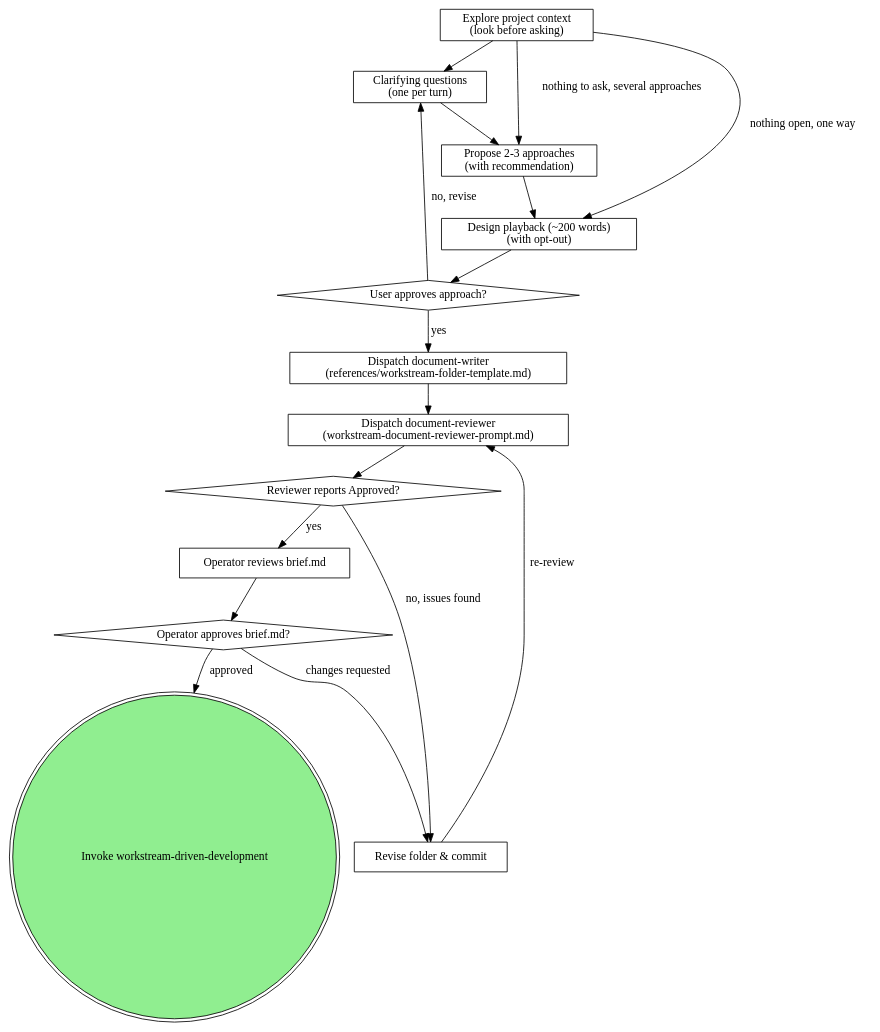
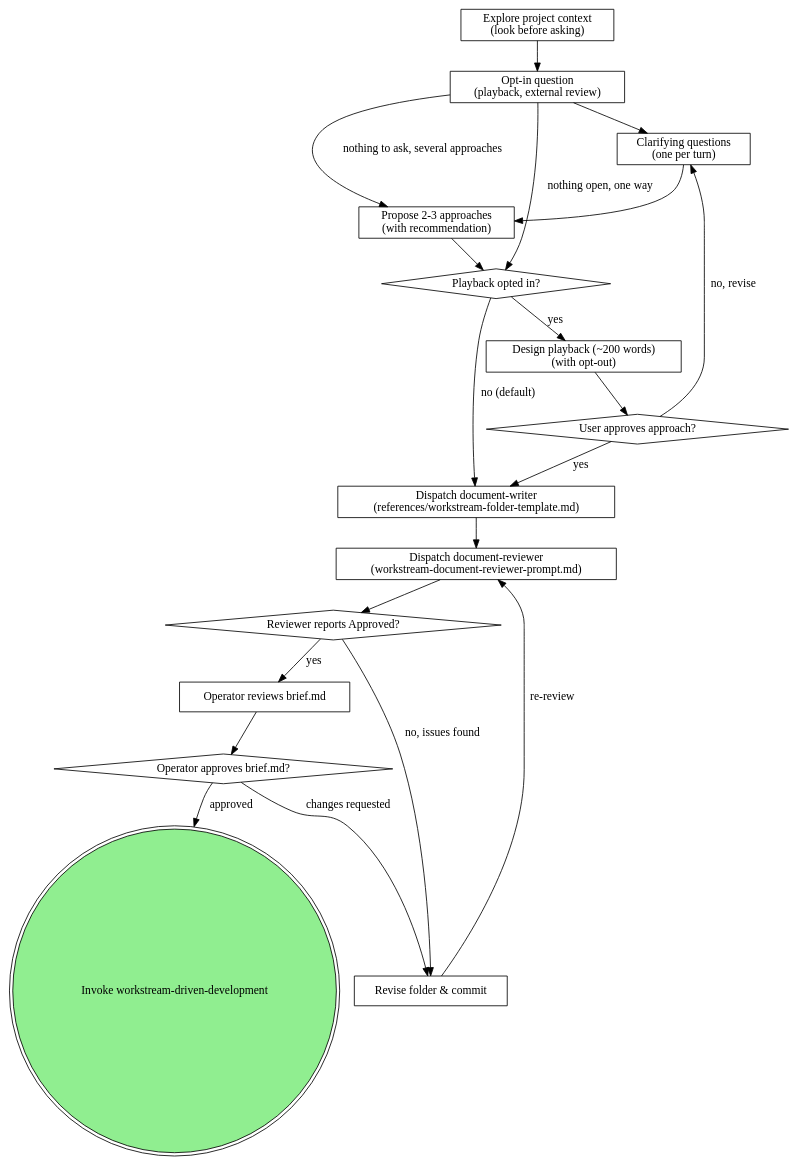
One commit to dtbndr/solopowers changed the diagram in skills/workstream-brainstorming/SKILL.md. Above: the diagram before and after it, drawn with Graphviz. The commit also changed other lines of this file and 10 other files, not shown here.

Commit message:
feat(brainstorming): playback and external review become opt-in; external review targets the folder

````diff
--- a/skills/workstream-brainstorming/SKILL.md
+++ b/skills/workstream-brainstorming/SKILL.md
@@ -87,33 +91,38 @@
 ```dot
 digraph workstream_brainstorming {
     "Explore project context\n(look before asking)" [shape=box];
     "Clarifying questions\n(one per turn)" [shape=box];
     "Propose 2-3 approaches\n(with recommendation)" [shape=box];
+    "Opt-in question\n(playback, external review)" [shape=box];
+    "Playback opted in?" [shape=diamond];
     "Design playback (~200 words)\n(with opt-out)" [shape=box];
     "User approves approach?" [shape=diamond];
     "Dispatch document-writer\n(references/workstream-folder-template.md)" [shape=box];
     "Dispatch document-reviewer\n(workstream-document-reviewer-prompt.md)" [shape=box];
     "Reviewer reports Approved?" [shape=diamond];
     "Revise folder & commit" [shape=box];
     "Operator reviews brief.md" [shape=box];
     "Operator approves brief.md?" [shape=diamond];
     "Invoke workstream-driven-development" [shape=doublecircle style=filled fillcolor=lightgreen];
 
-    "Explore project context\n(look before asking)" -> "Clarifying questions\n(one per turn)";
-    "Explore project context\n(look before asking)" -> "Design playback (~200 words)\n(with opt-out)" [label="nothing open, one way"];
-    "Explore project context\n(look before asking)" -> "Propose 2-3 approaches\n(with recommendation)" [label="nothing to ask, several approaches"];
+    "Explore project context\n(look before asking)" -> "Opt-in question\n(playback, external review)";
+    "Opt-in question\n(playback, external review)" -> "Clarifying questions\n(one per turn)";
+    "Opt-in question\n(playback, external review)" -> "Playback opted in?" [label="nothing open, one way"];
+    "Opt-in question\n(playback, external review)" -> "Propose 2-3 approaches\n(with recommendation)" [label="nothing to ask, several approaches"];
     "Clarifying questions\n(one per turn)" -> "Propose 2-3 approaches\n(with recommendation)";
-    "Propose 2-3 approaches\n(with recommendation)" -> "Design playback (~200 words)\n(with opt-out)";
+    "Propose 2-3 approaches\n(with recommendation)" -> "Playback opted in?";
+    "Playback opted in?" -> "Design playback (~200 words)\n(with opt-out)" [label="yes"];
+    "Playback opted in?" -> "Dispatch document-writer\n(references/workstream-folder-template.md)" [label="no (default)"];
     "Design playback (~200 words)\n(with opt-out)" -> "User approves approach?";
     "User approves approach?" -> "Clarifying questions\n(one per turn)" [label="no, revise"];
     "User approves approach?" -> "Dispatch document-writer\n(references/workstream-folder-template.md)" [label="yes"];
     "Dispatch document-writer\n(references/workstream-folder-template.md)" -> "Dispatch document-reviewer\n(workstream-document-reviewer-prompt.md)";
     "Dispatch document-reviewer\n(workstream-document-reviewer-prompt.md)" -> "Reviewer reports Approved?";
     "Reviewer reports Approved?" -> "Revise folder & commit" [label="no, issues found"];
     "Revise folder & commit" -> "Dispatch document-reviewer\n(workstream-document-reviewer-prompt.md)" [label="re-review"];
     "Reviewer reports Approved?" -> "Operator reviews brief.md" [label="yes"];
     "Operator reviews brief.md" -> "Operator approves brief.md?";
     "Operator approves brief.md?" -> "Revise folder & commit" [label="changes requested"];
     "Operator approves brief.md?" -> "Invoke workstream-driven-development" [label="approved"];
 }
 ```
````
